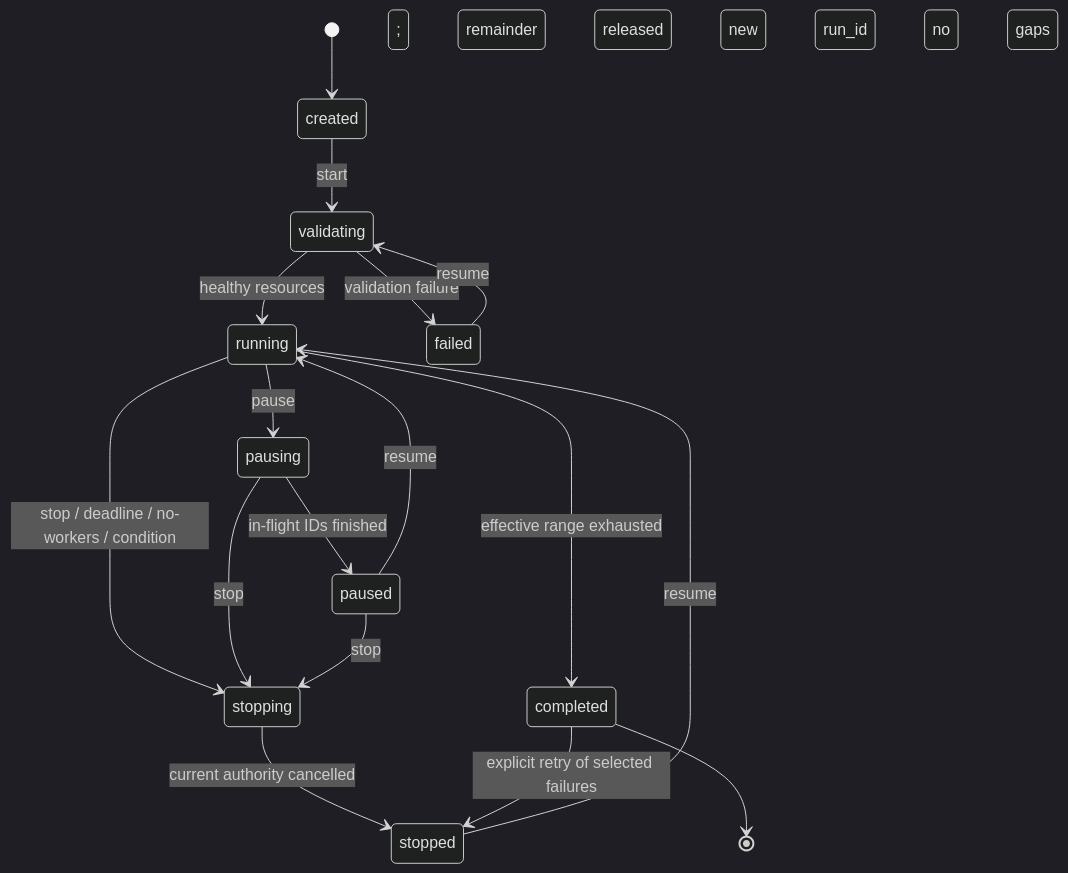
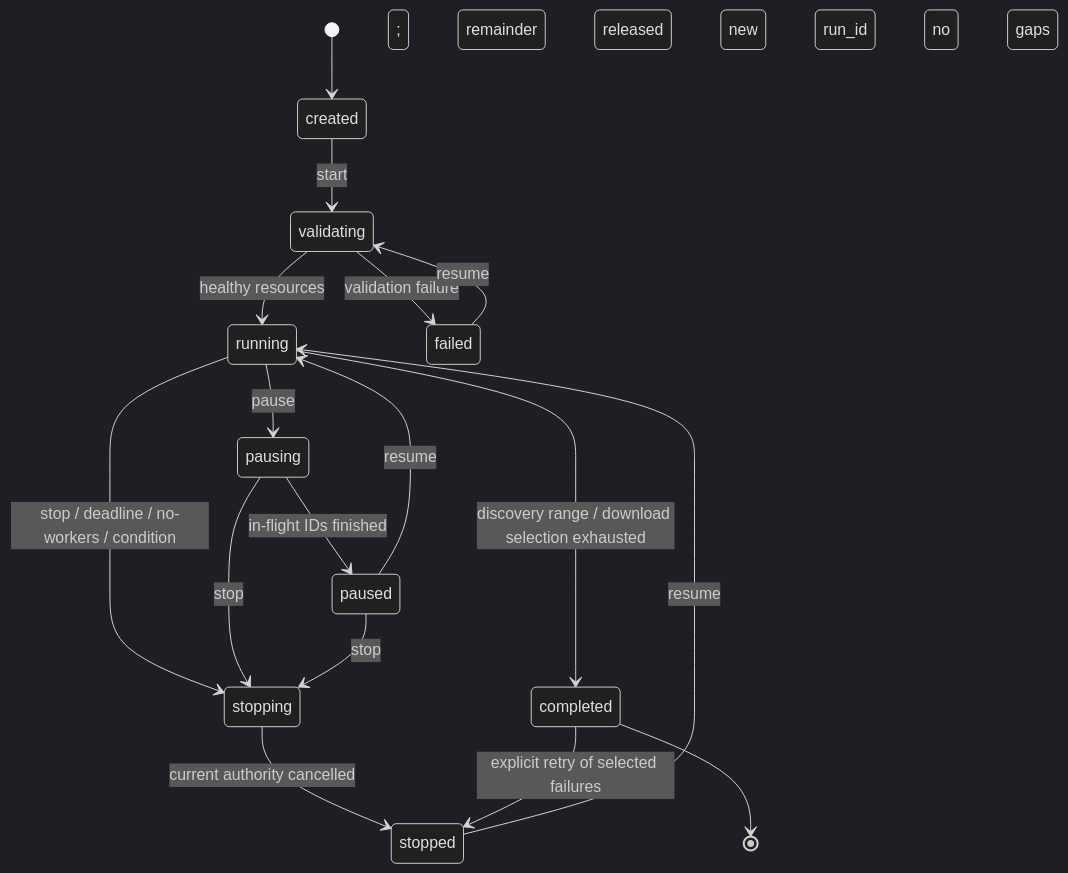
The diagram in docs/diagrams/job-state.mmd (lord-laminat/Begom), drawn with Mermaid (dark theme) before and after one commit. The commit also changed 97 other files, not shown here.

First line of the commit message:
feat!: separate discovery and download jobs, add SSH shell and video gallery

```diff
--- a/docs/diagrams/job-state.mmd
+++ b/docs/diagrams/job-state.mmd
@@ -1,17 +1,17 @@
 stateDiagram-v2
   [*] --> created
   created --> validating: start
   validating --> running: healthy resources
   validating --> failed: validation failure
   running --> pausing: pause
   pausing --> paused: in-flight IDs finished; remainder released
   running --> stopping: stop / deadline / no-workers / condition
   pausing --> stopping: stop
   paused --> stopping: stop
   stopping --> stopped: current authority cancelled
   paused --> running: resume; new run_id
   stopped --> running: resume; new run_id
   failed --> validating: resume; new run_id
-  running --> completed: effective range exhausted; no gaps
+  running --> completed: discovery range / download selection exhausted; no gaps
   completed --> stopped: explicit retry of selected failures
   completed --> [*]
```
